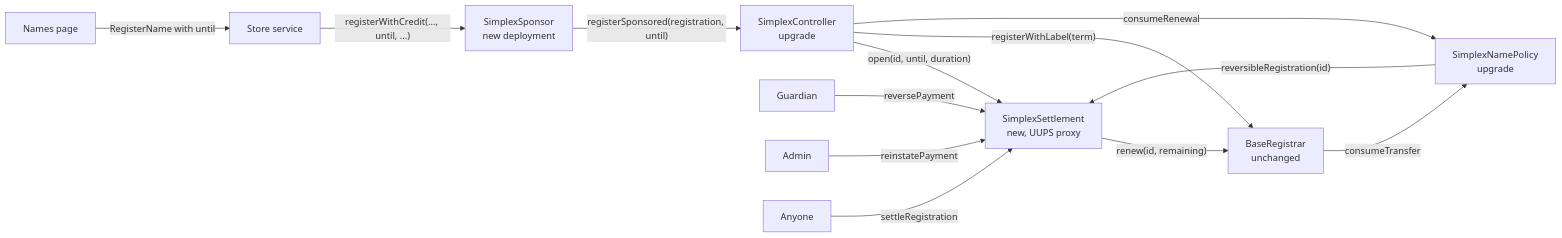
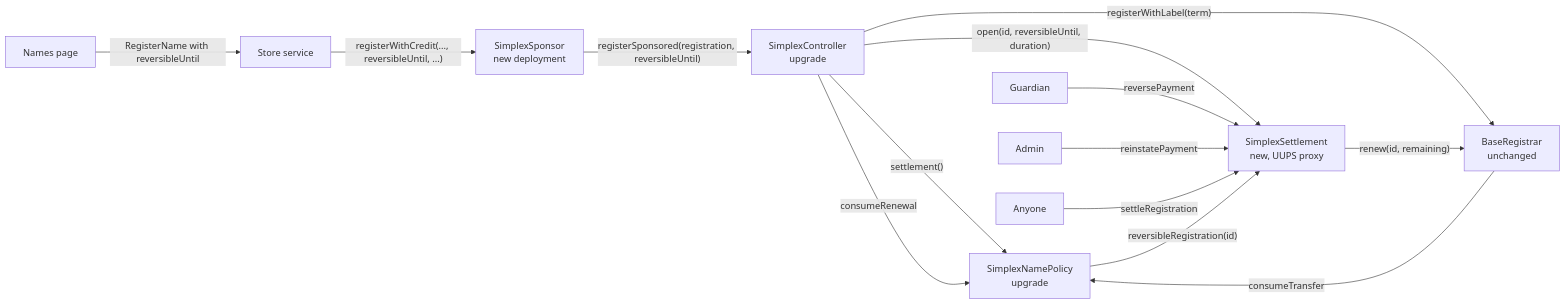
The third of 6 diagrams in docs/plans/payment-reversal.md (brenzi-agent/simplex-namespace-contract), drawn with Mermaid before and after one commit. The commit also changed other lines of this file, not shown here.

Commit message:
docs: exact reversal deadline, one settlement address and card renewals in the plan

````diff
--- a/docs/plans/payment-reversal.md
+++ b/docs/plans/payment-reversal.md
@@ -185,15 +195,16 @@
 ```mermaid
 flowchart LR
-  page["Names page"] -->|"RegisterName with until"| service["Store service"]
-  service -->|"registerWithCredit(..., until, ...)"| sponsor["SimplexSponsor<br/>new deployment"]
-  sponsor -->|"registerSponsored(registration, until)"| controller["SimplexController<br/>upgrade"]
-  controller -->|"open(id, until, duration)"| settlement["SimplexSettlement<br/>new, UUPS proxy"]
+  page["Names page"] -->|"RegisterName with reversibleUntil"| service["Store service"]
+  service -->|"registerWithCredit(..., reversibleUntil, ...)"| sponsor["SimplexSponsor<br/>new deployment"]
+  sponsor -->|"registerSponsored(registration, reversibleUntil)"| controller["SimplexController<br/>upgrade"]
+  controller -->|"settlement()"| policy["SimplexNamePolicy<br/>upgrade"]
+  controller -->|"open(id, reversibleUntil, duration)"| settlement["SimplexSettlement<br/>new, UUPS proxy"]
   controller -->|"registerWithLabel(term)"| registrar["BaseRegistrar<br/>unchanged"]
   guardian["Guardian"] -->|"reversePayment"| settlement
   admin["Admin"] -->|"reinstatePayment"| settlement
   anyone["Anyone"] -->|"settleRegistration"| settlement
   settlement -->|"renew(id, remaining)"| registrar
-  registrar -->|"consumeTransfer"| policy["SimplexNamePolicy<br/>upgrade"]
+  registrar -->|"consumeTransfer"| policy
   controller -->|"consumeRenewal"| policy
   policy -->|"reversibleRegistration(id)"| settlement
 ```
````
